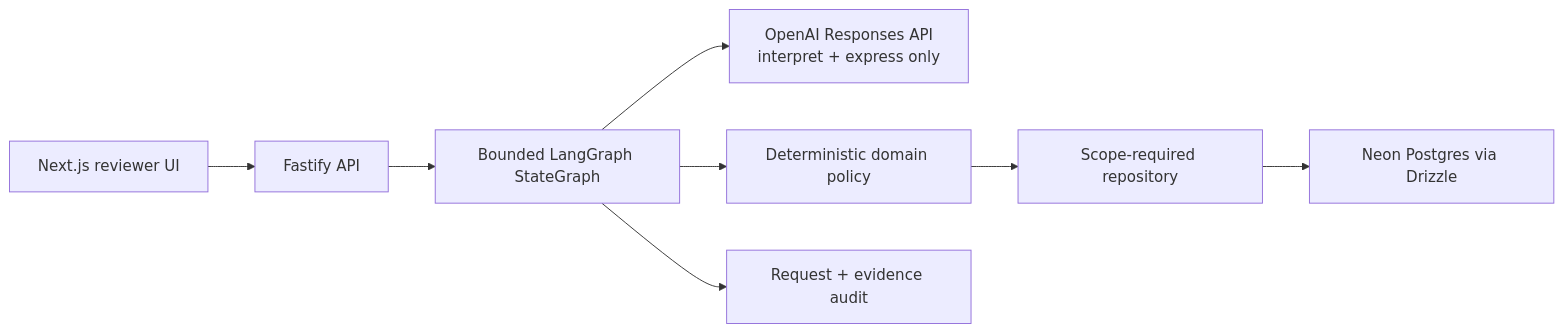
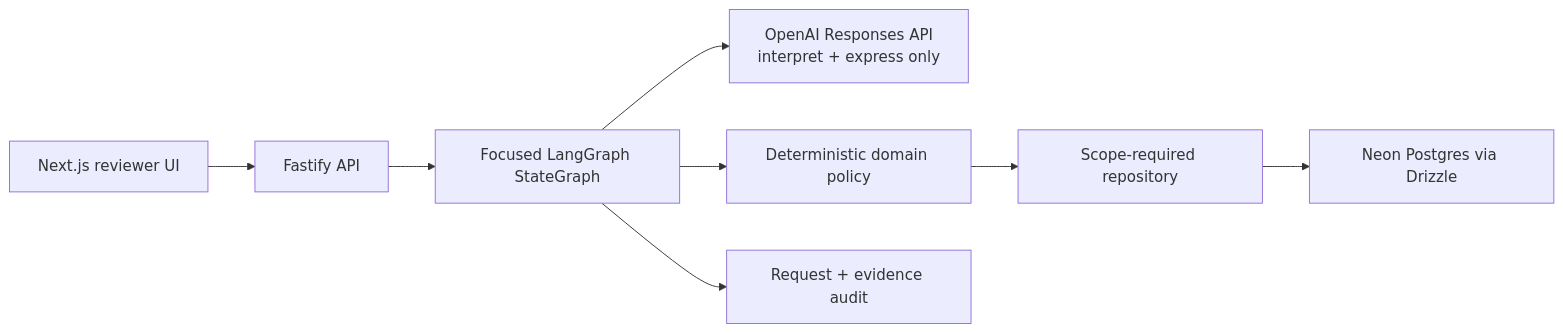
One commit to rikster/dealership-insights changed the first of 3 diagrams in docs/ARCHITECTURE.md. Above: the diagram before and after it, drawn with Mermaid. The commit also changed other lines of this file and 20 other files, not shown here.

First line of the commit message:
feat: refine reviewer experience and evidence flow

````diff
--- a/docs/ARCHITECTURE.md
+++ b/docs/ARCHITECTURE.md
@@ -7,10 +9,10 @@
 ```mermaid
 flowchart LR
   UI["Next.js reviewer UI"] --> API["Fastify API"]
-  API --> GRAPH["Bounded LangGraph StateGraph"]
+  API --> GRAPH["Focused LangGraph StateGraph"]
   GRAPH --> MODEL["OpenAI Responses API\ninterpret + express only"]
   GRAPH --> DOMAIN["Deterministic domain policy"]
   DOMAIN --> REPO["Scope-required repository"]
   REPO --> NEON["Neon Postgres via Drizzle"]
   GRAPH --> AUDIT["Request + evidence audit"]
 ```
````
